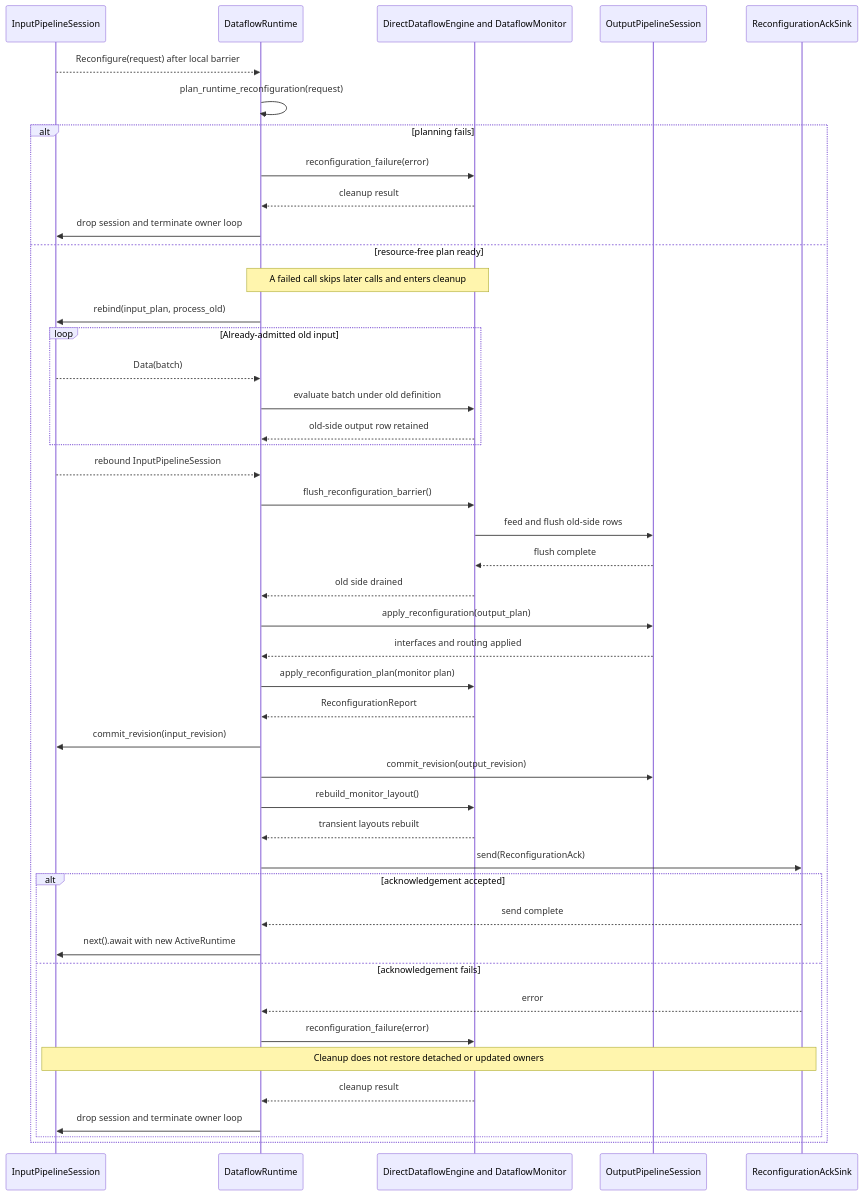
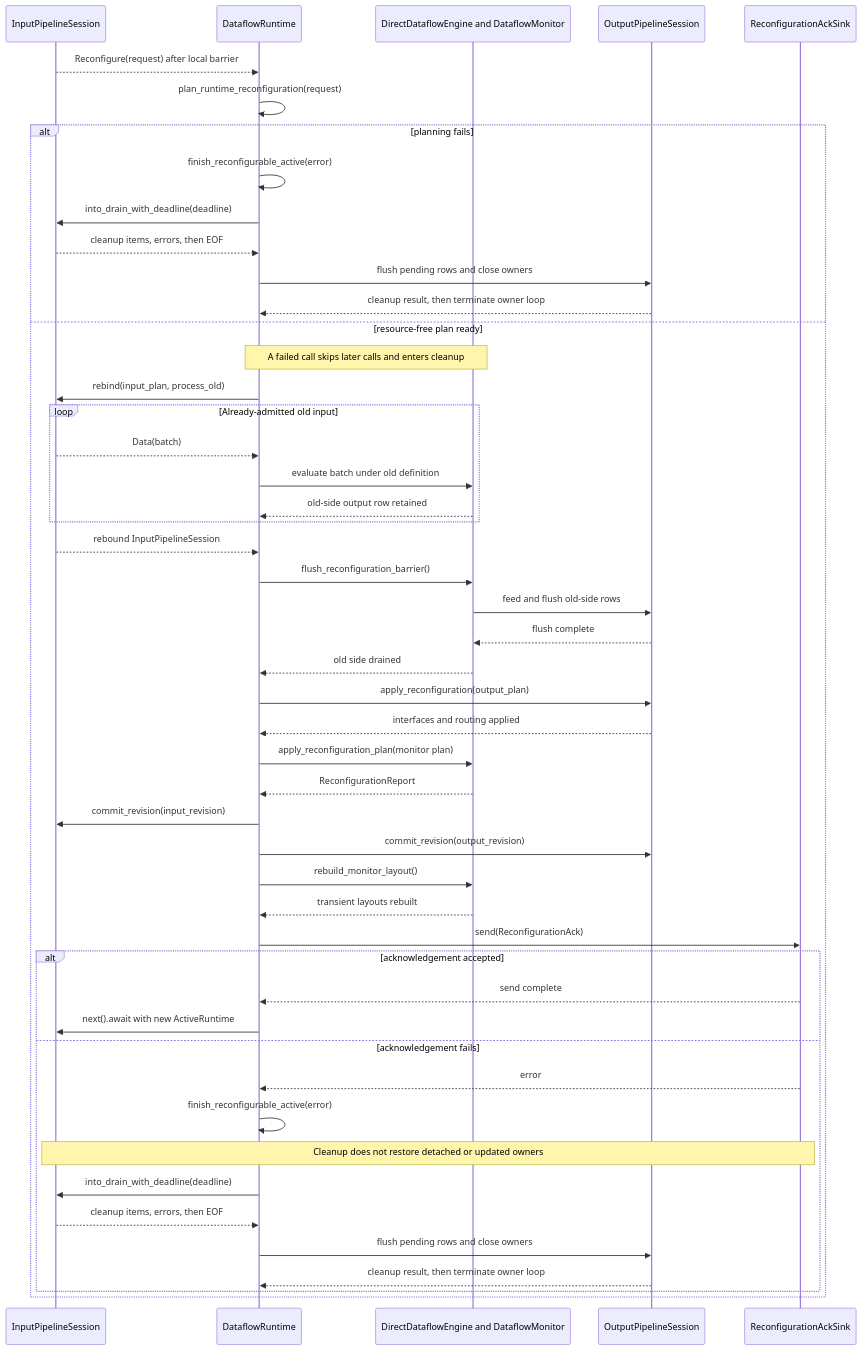
One commit to INTO-CPS-Association/robosapiens-trustworthiness-checker changed the second of 2 diagrams in docs/src/reconfiguration.md. Above: the diagram before and after it, drawn with Mermaid. The commit also changed other lines of this file and 17 other files, not shown here.

````diff
--- a/docs/src/reconfiguration.md
+++ b/docs/src/reconfiguration.md
@@ -80,51 +80,55 @@
 ```mermaid
 sequenceDiagram
     accTitle: Root replacement crosses persistent owners before acknowledgement
-    accDescr: InputPipelineSession yields a delivered reconfiguration request to DataflowRuntime. The runtime first builds a resource-free plan. It then consumes old-side batches through the input rebind callback, flushes old output, applies output changes, applies the monitor plan, commits both session revisions, rebuilds layouts, and finally sends an acknowledgement. Planning failure leaves owners structurally unchanged but terminates the loop. Application or acknowledgement failure runs cleanup without reversing earlier effects.
+    accDescr: InputPipelineSession yields a delivered reconfiguration request to DataflowRuntime. The runtime first builds a resource-free plan. It then consumes old-side batches through the input rebind callback, flushes old output, applies output changes, applies the monitor plan, commits both session revisions, rebuilds layouts, and finally sends an acknowledgement. On failure, the runtime consumes the input session's deadline-bounded drain before flushing pending output and closing output owners. Cleanup does not reverse earlier effects.
 
     participant input as InputPipelineSession
     participant runtime as DataflowRuntime
     participant machine as DirectDataflowEngine and DataflowMonitor
     participant output as OutputPipelineSession
     participant ack as ReconfigurationAckSink
 
     input-->>runtime: Reconfigure(request) after local barrier
     runtime->>runtime: plan_runtime_reconfiguration(request)
     alt planning fails
-        runtime->>machine: reconfiguration_failure(error)
-        machine-->>runtime: cleanup result
-        runtime->>input: drop session and terminate owner loop
+        runtime->>runtime: finish_reconfigurable_active(error)
+        runtime->>input: into_drain_with_deadline(deadline)
+        input-->>runtime: cleanup items, errors, then EOF
+        runtime->>output: flush pending rows and close owners
+        output-->>runtime: cleanup result, then terminate owner loop
     else resource-free plan ready
         Note over runtime,machine: A failed call skips later calls and enters cleanup
         runtime->>input: rebind(input_plan, process_old)
         loop Already-admitted old input
             input-->>runtime: Data(batch)
             runtime->>machine: evaluate batch under old definition
             machine-->>runtime: old-side output row retained
         end
         input-->>runtime: rebound InputPipelineSession
         runtime->>machine: flush_reconfiguration_barrier()
         machine->>output: feed and flush old-side rows
         output-->>machine: flush complete
         machine-->>runtime: old side drained
         runtime->>output: apply_reconfiguration(output_plan)
         output-->>runtime: interfaces and routing applied
         runtime->>machine: apply_reconfiguration_plan(monitor plan)
         machine-->>runtime: ReconfigurationReport
         runtime->>input: commit_revision(input_revision)
         runtime->>output: commit_revision(output_revision)
         runtime->>machine: rebuild_monitor_layout()
         machine-->>runtime: transient layouts rebuilt
         runtime->>ack: send(ReconfigurationAck)
         alt acknowledgement accepted
             ack-->>runtime: send complete
             runtime->>input: next().await with new ActiveRuntime
         else acknowledgement fails
             ack-->>runtime: error
-            runtime->>machine: reconfiguration_failure(error)
+            runtime->>runtime: finish_reconfigurable_active(error)
             Note over input,ack: Cleanup does not restore detached or updated owners
-            machine-->>runtime: cleanup result
-            runtime->>input: drop session and terminate owner loop
+            runtime->>input: into_drain_with_deadline(deadline)
+            input-->>runtime: cleanup items, errors, then EOF
+            runtime->>output: flush pending rows and close owners
+            output-->>runtime: cleanup result, then terminate owner loop
         end
     end
 ```
````
